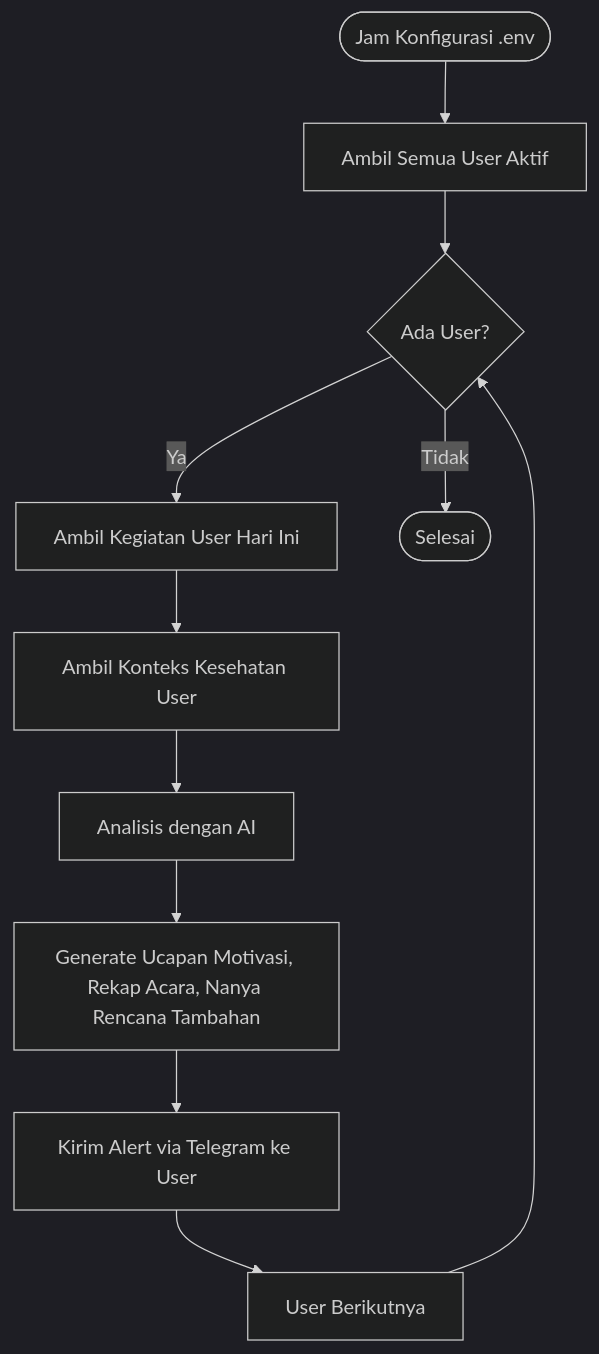
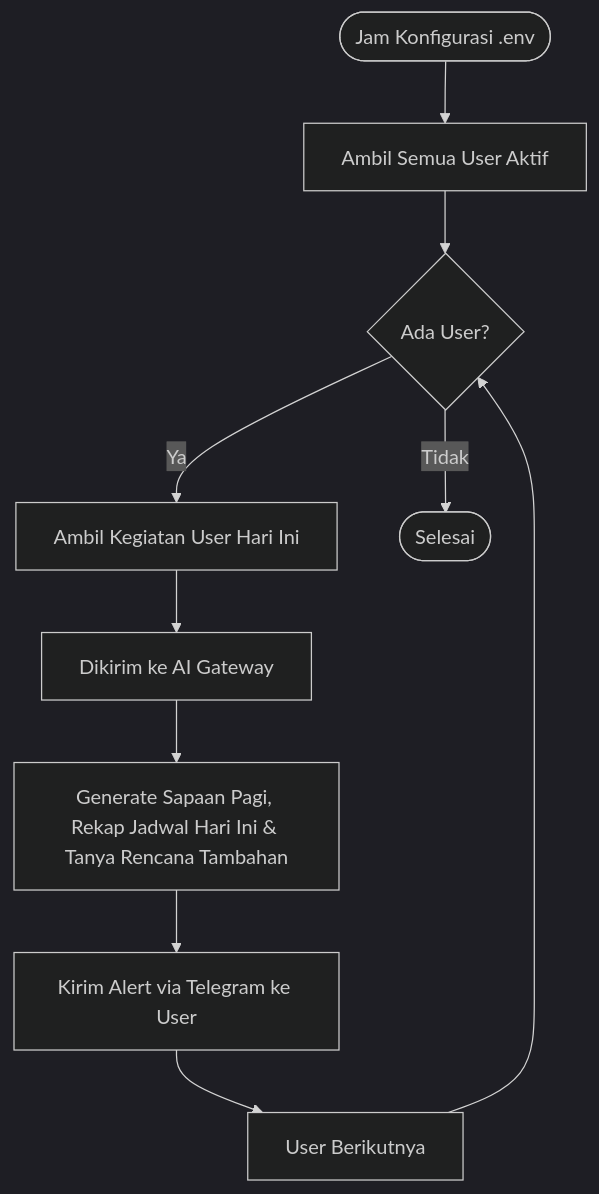
One commit to RhmnDev14/smart_alert_system changed the third of 7 diagrams in FLOWCHART.md. Above: the diagram before and after it, drawn with Mermaid (dark theme). The commit also changed other lines of this file and 1 other file, not shown here.

````diff
--- a/FLOWCHART.md
+++ b/FLOWCHART.md
@@ -96,18 +96,16 @@
 ```mermaid
 flowchart TD
     Start([Jam Konfigurasi .env]) --> GetAllUsers[Ambil Semua User Aktif]
     GetAllUsers --> LoopUser{Ada User?}
 
     LoopUser -->|Ya| GetUserActivities[Ambil Kegiatan User Hari Ini]
     LoopUser -->|Tidak| End([Selesai])
 
-    GetUserActivities --> GetHealthContext[Ambil Konteks Kesehatan User]
-
-    GetHealthContext --> AnalyzeWithAI[Analisis dengan AI]
-    AnalyzeWithAI --> GenerateAlert[Generate Ucapan Motivasi, Rekap Acara, Nanya Rencana Tambahan]
+    GetUserActivities --> AnalyzeWithAI[Dikirim ke AI Gateway]
+    AnalyzeWithAI --> GenerateAlert[Generate Sapaan Pagi, Rekap Jadwal Hari Ini & Tanya Rencana Tambahan]
 
     GenerateAlert --> SendAlert[Kirim Alert via Telegram ke User]
 
     SendAlert --> NextUser[User Berikutnya]
     NextUser --> LoopUser
 ```
````
